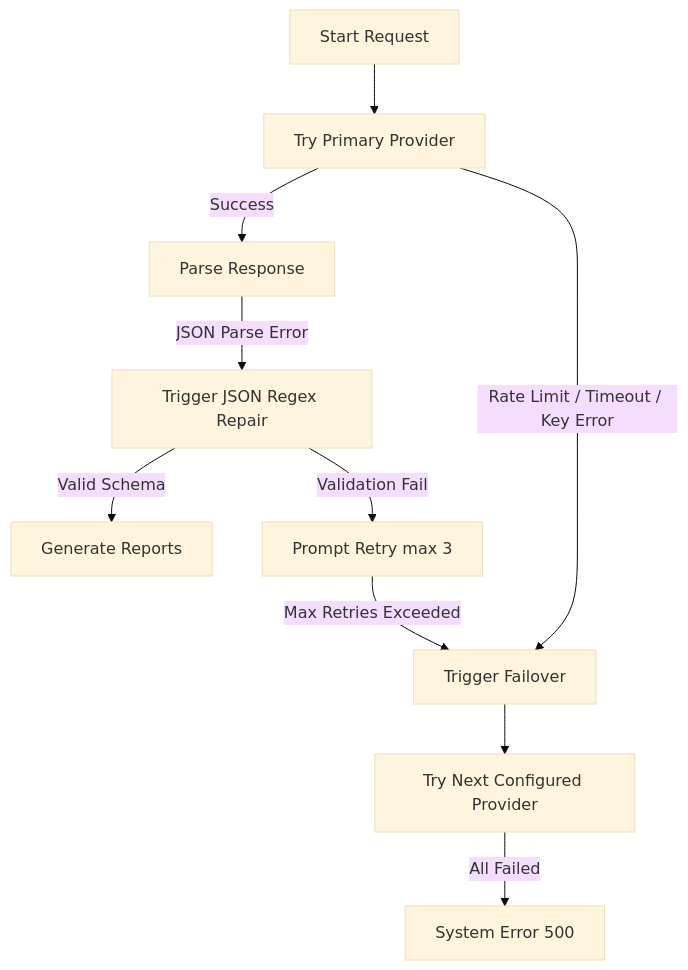
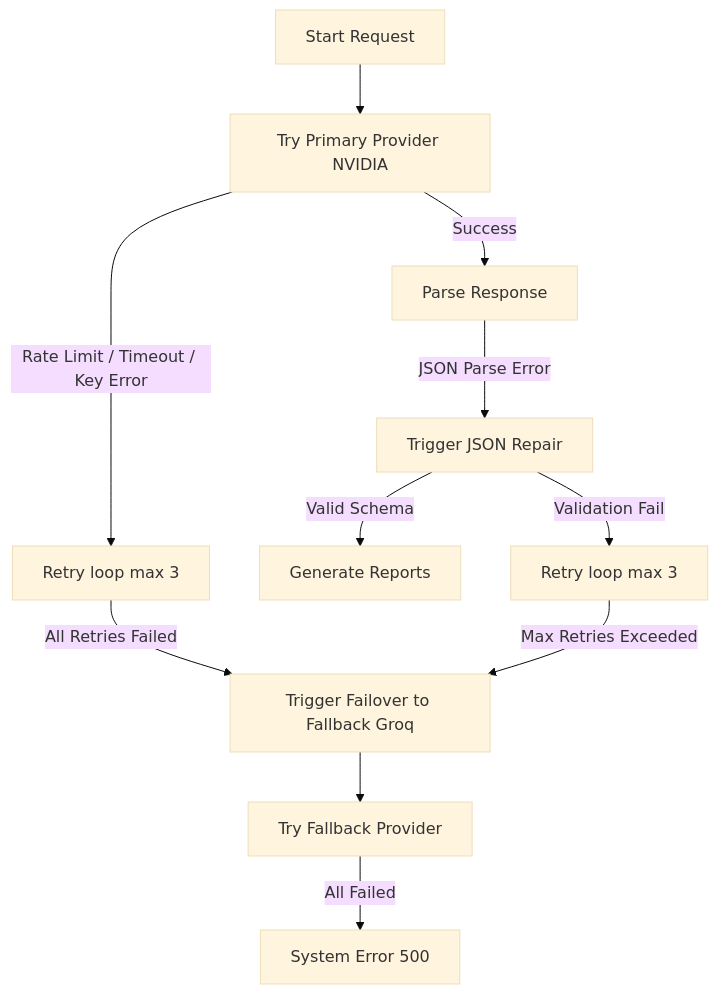
One commit to vlokesh-vaps/AIMOM changed the first of 2 diagrams in README.md. Above: the diagram before and after it, drawn with Mermaid (base theme). The commit also changed other lines of this file and 26 other files, not shown here.

````diff
--- a/README.md
+++ b/README.md
@@ -180,12 +188,13 @@
 ```mermaid
 graph TD
-    A[Start Request] --> B[Try Primary Provider]
+    A[Start Request] --> B[Try Primary Provider NVIDIA]
     B -->|Success| C[Parse Response]
-    B -->|Rate Limit / Timeout / Key Error| D[Trigger Failover]
-    C -->|JSON Parse Error| E[Trigger JSON Regex Repair]
-    E -->|Valid Schema| F[Generate Reports]
-    E -->|Validation Fail| G[Prompt Retry max 3]
-    G -->|Max Retries Exceeded| D
-    D --> H[Try Next Configured Provider]
-    H -->|All Failed| I[System Error 500]
+    B -->|Rate Limit / Timeout / Key Error| D[Retry loop max 3]
+    D -->|All Retries Failed| E[Trigger Failover to Fallback Groq]
+    C -->|JSON Parse Error| F[Trigger JSON Repair]
+    F -->|Valid Schema| G[Generate Reports]
+    F -->|Validation Fail| H[Retry loop max 3]
+    H -->|Max Retries Exceeded| E
+    E --> I[Try Fallback Provider]
+    I -->|All Failed| J[System Error 500]
 ```
````
